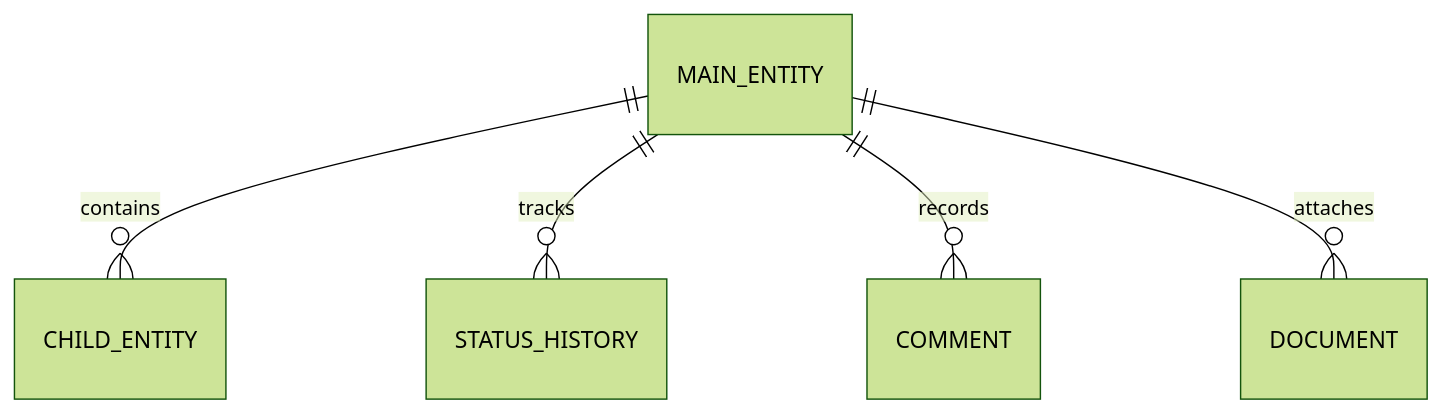
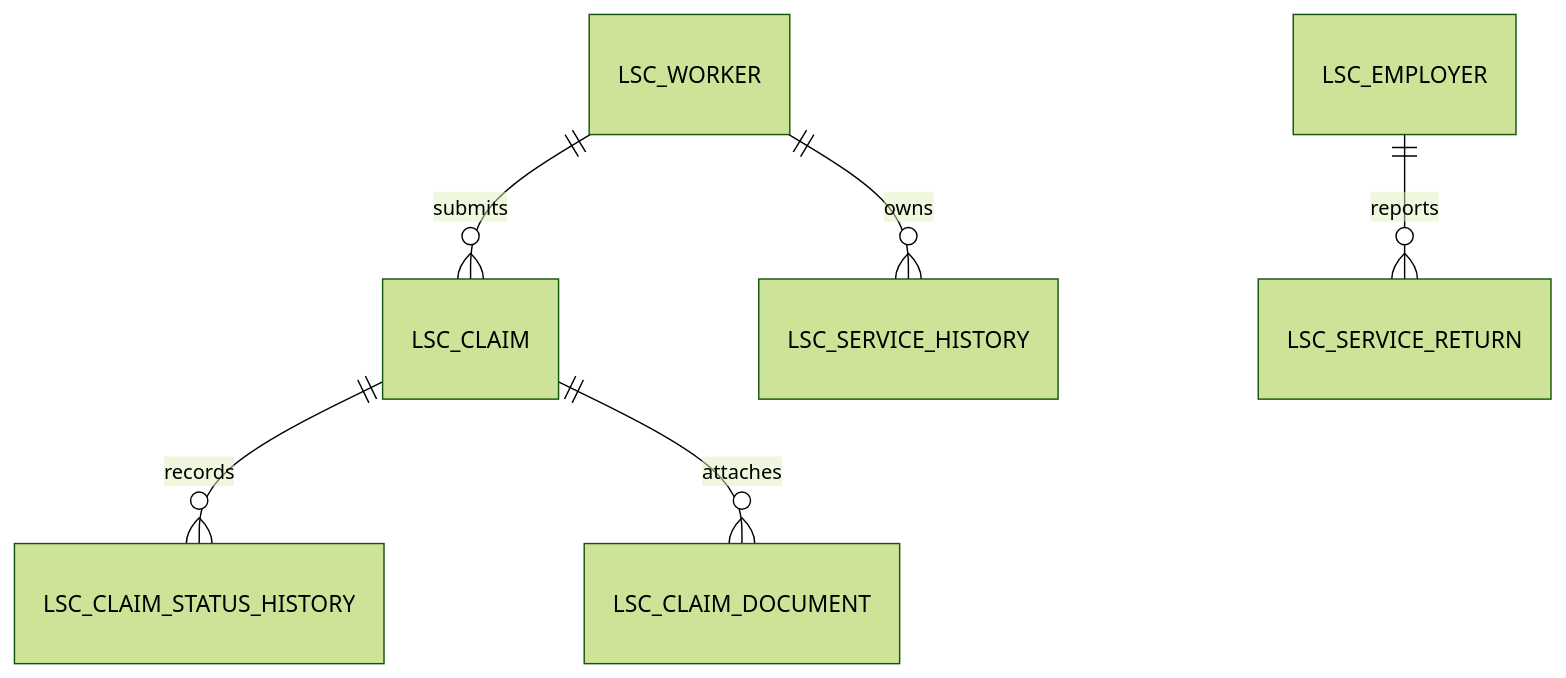
One commit to ankitBhaskar/appianTestCode changed the fifth of 9 diagrams in docs/appian-26-4/templates/ARCHITECTURE_DOCUMENT_TEMPLATE.md. Above: the diagram before and after it, drawn with Mermaid (forest theme). The commit also changed other lines of this file, not shown here.

Commit message:
Enhance architecture document template for enterprise Appian delivery

````diff
--- a/docs/appian-26-4/templates/ARCHITECTURE_DOCUMENT_TEMPLATE.md
+++ b/docs/appian-26-4/templates/ARCHITECTURE_DOCUMENT_TEMPLATE.md
@@ -172,7 +435,8 @@
 ```mermaid
 erDiagram
-  MAIN_ENTITY ||--o{ CHILD_ENTITY : contains
-  MAIN_ENTITY ||--o{ STATUS_HISTORY : tracks
-  MAIN_ENTITY ||--o{ COMMENT : records
-  MAIN_ENTITY ||--o{ DOCUMENT : attaches
+  LSC_WORKER ||--o{ LSC_CLAIM : submits
+  LSC_EMPLOYER ||--o{ LSC_SERVICE_RETURN : reports
+  LSC_WORKER ||--o{ LSC_SERVICE_HISTORY : owns
+  LSC_CLAIM ||--o{ LSC_CLAIM_STATUS_HISTORY : records
+  LSC_CLAIM ||--o{ LSC_CLAIM_DOCUMENT : attaches
 ```
````
